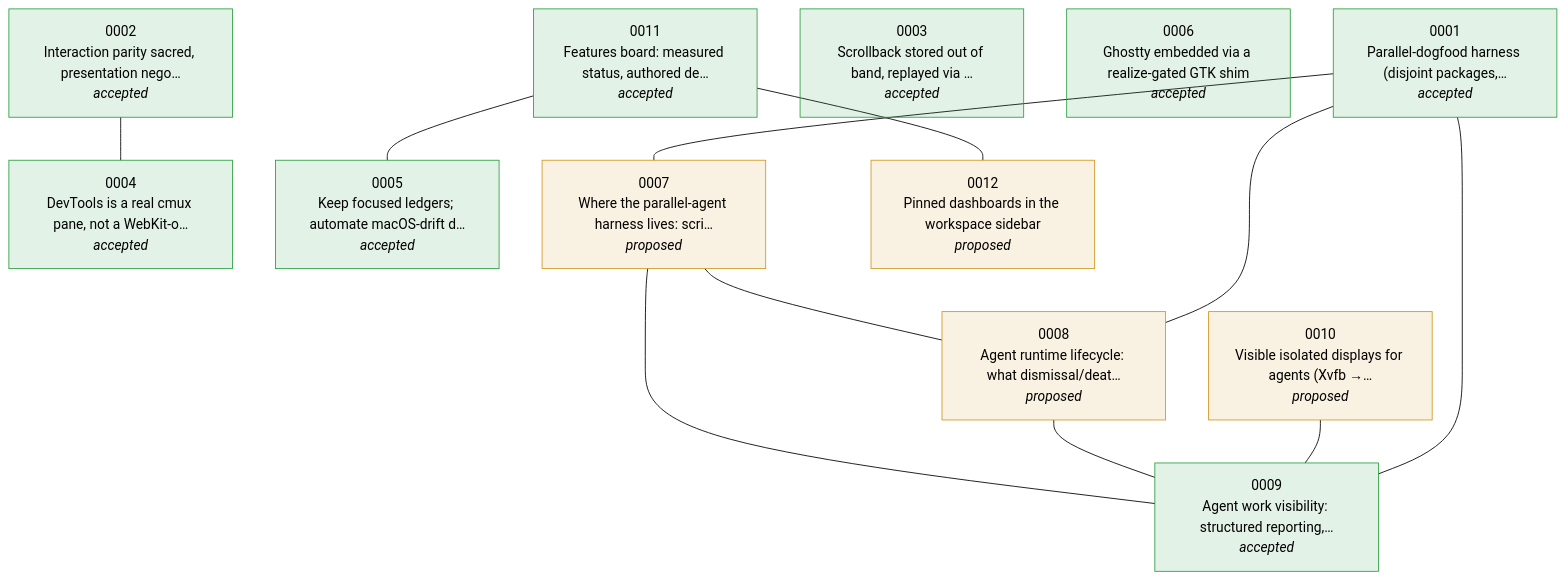
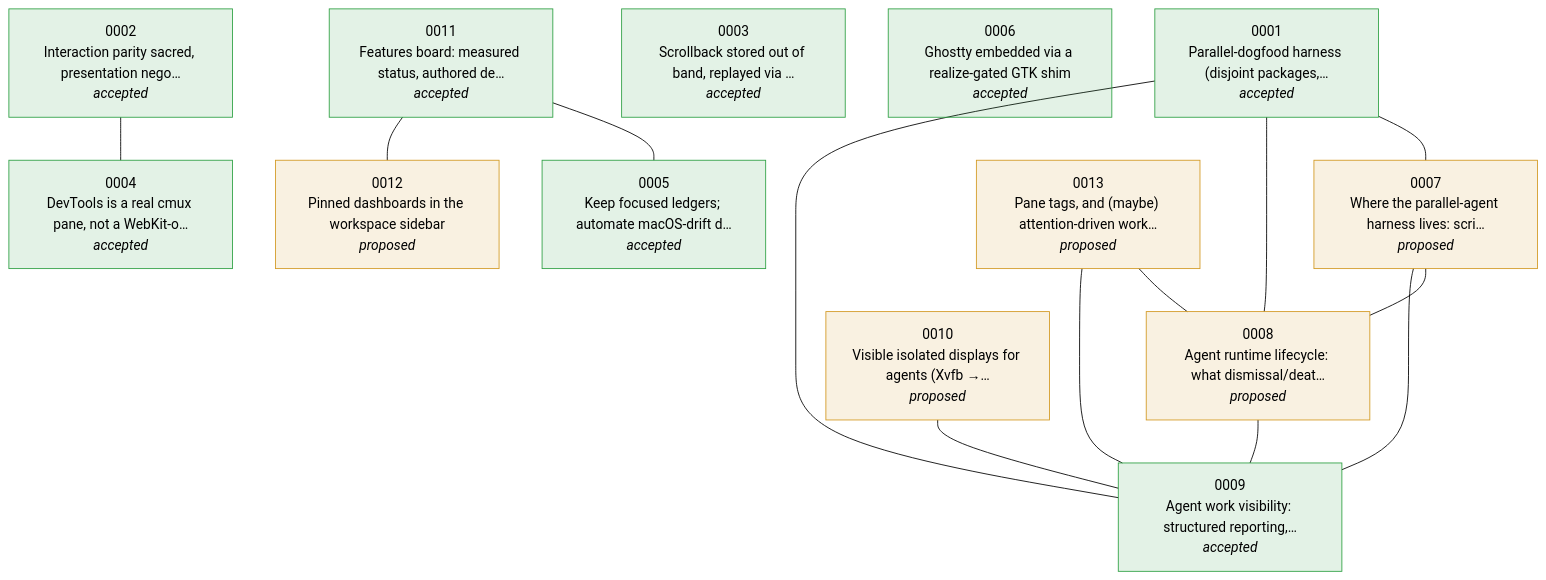
One commit to hiasihaho/cmux changed the diagram in docs/linux-port/adr/_overview.md. Above: the diagram before and after it, drawn with Mermaid (forest theme). The commit also changed other lines of this file and 4 other files, not shown here.

First line of the commit message:
docs(adr): 0013 Proposed — pane tags & (maybe) attention-driven workflows

````diff
--- a/docs/linux-port/adr/_overview.md
+++ b/docs/linux-port/adr/_overview.md
@@ -5,37 +5,41 @@
 ```mermaid
 flowchart TD
     n0001["0001<br/>Parallel-dogfood harness (disjoint packages,…<br/><i>accepted</i>"]
     n0002["0002<br/>Interaction parity sacred, presentation nego…<br/><i>accepted</i>"]
     n0003["0003<br/>Scrollback stored out of band, replayed via …<br/><i>accepted</i>"]
     n0004["0004<br/>DevTools is a real cmux pane, not a WebKit-o…<br/><i>accepted</i>"]
     n0005["0005<br/>Keep focused ledgers; automate macOS-drift d…<br/><i>accepted</i>"]
     n0006["0006<br/>Ghostty embedded via a realize-gated GTK shim<br/><i>accepted</i>"]
     n0007["0007<br/>Where the parallel-agent harness lives: scri…<br/><i>proposed</i>"]
     n0008["0008<br/>Agent runtime lifecycle: what dismissal/deat…<br/><i>proposed</i>"]
     n0009["0009<br/>Agent work visibility: structured reporting,…<br/><i>accepted</i>"]
     n0010["0010<br/>Visible isolated displays for agents (Xvfb →…<br/><i>proposed</i>"]
     n0011["0011<br/>Features board: measured status, authored de…<br/><i>accepted</i>"]
     n0012["0012<br/>Pinned dashboards in the workspace sidebar<br/><i>proposed</i>"]
+    n0013["0013<br/>Pane tags, and (maybe) attention-driven work…<br/><i>proposed</i>"]
     n0001 --- n0007
     n0002 --- n0004
     n0007 --- n0008
     n0007 --- n0009
     n0008 --- n0001
     n0008 --- n0009
     n0009 --- n0001
     n0010 --- n0009
     n0011 --- n0005
     n0011 --- n0012
+    n0013 --- n0008
+    n0013 --- n0009
     style n0001 fill:#2ea04322,stroke:#2ea043
     style n0002 fill:#2ea04322,stroke:#2ea043
     style n0003 fill:#2ea04322,stroke:#2ea043
     style n0004 fill:#2ea04322,stroke:#2ea043
     style n0005 fill:#2ea04322,stroke:#2ea043
     style n0006 fill:#2ea04322,stroke:#2ea043
     style n0007 fill:#d2992222,stroke:#d29922
     style n0008 fill:#d2992222,stroke:#d29922
     style n0009 fill:#2ea04322,stroke:#2ea043
     style n0010 fill:#d2992222,stroke:#d29922
     style n0011 fill:#2ea04322,stroke:#2ea043
     style n0012 fill:#d2992222,stroke:#d29922
+    style n0013 fill:#d2992222,stroke:#d29922
 ```
````
